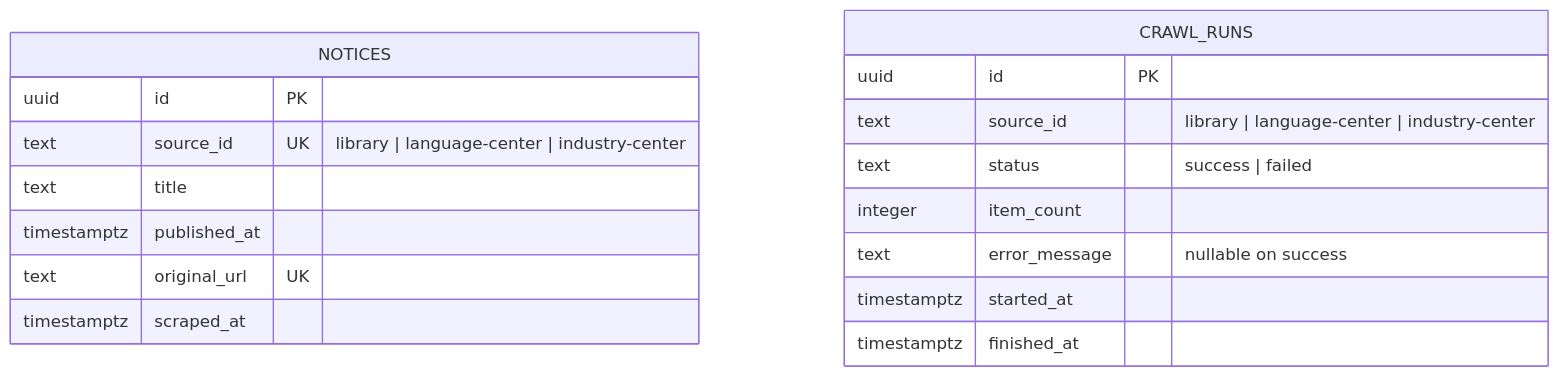
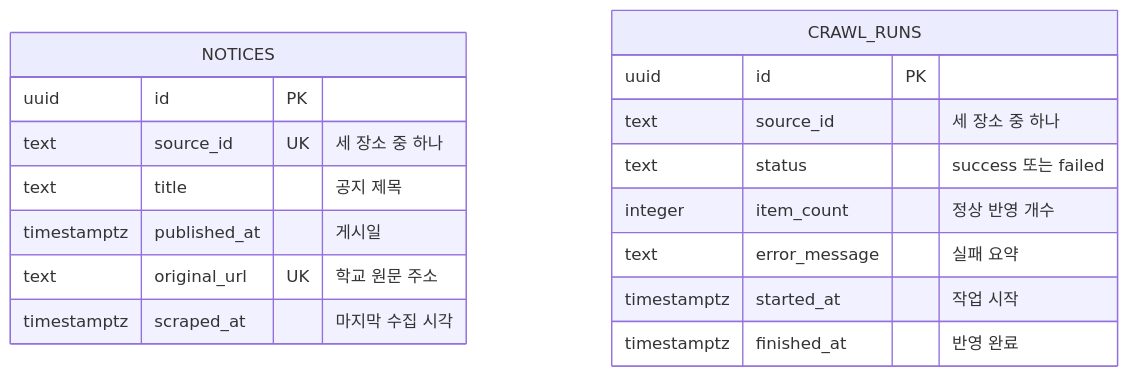
One commit to choi6511/cnu2026-12- changed the second of 2 diagrams in docs/ERD.md. Above: the diagram before and after it, drawn with Mermaid. The commit also changed other lines of this file and 184 other files, not shown here.

````diff
--- a/docs/ERD.md
+++ b/docs/ERD.md
@@ -7,21 +55,21 @@
 ```mermaid
 erDiagram
     NOTICES {
         uuid id PK
-        text source_id UK "library | language-center | industry-center"
-        text title
-        timestamptz published_at
-        text original_url UK
-        timestamptz scraped_at
+        text source_id UK "세 장소 중 하나"
+        text title "공지 제목"
+        timestamptz published_at "게시일"
+        text original_url UK "학교 원문 주소"
+        timestamptz scraped_at "마지막 수집 시각"
     }
 
     CRAWL_RUNS {
         uuid id PK
-        text source_id "library | language-center | industry-center"
-        text status "success | failed"
-        integer item_count
-        text error_message "nullable on success"
-        timestamptz started_at
-        timestamptz finished_at
+        text source_id "세 장소 중 하나"
+        text status "success 또는 failed"
+        integer item_count "정상 반영 개수"
+        text error_message "실패 요약"
+        timestamptz started_at "작업 시작"
+        timestamptz finished_at "반영 완료"
     }
 ```
````
